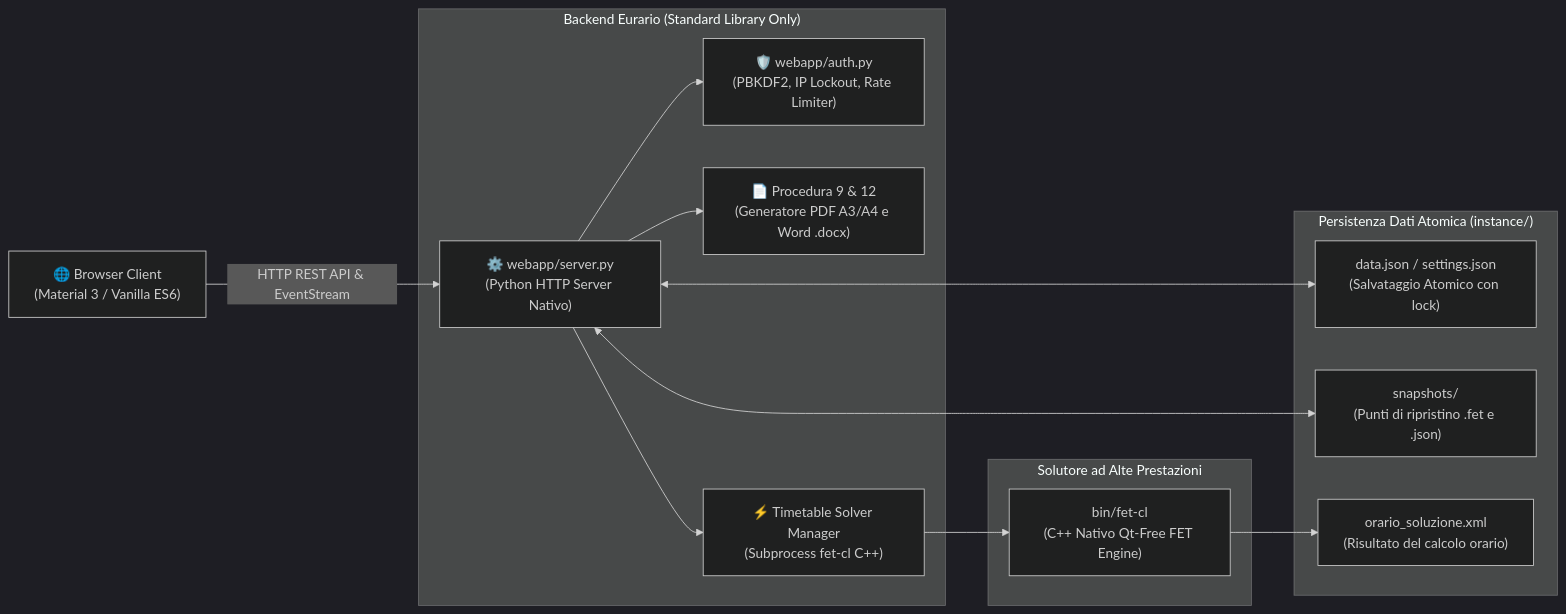
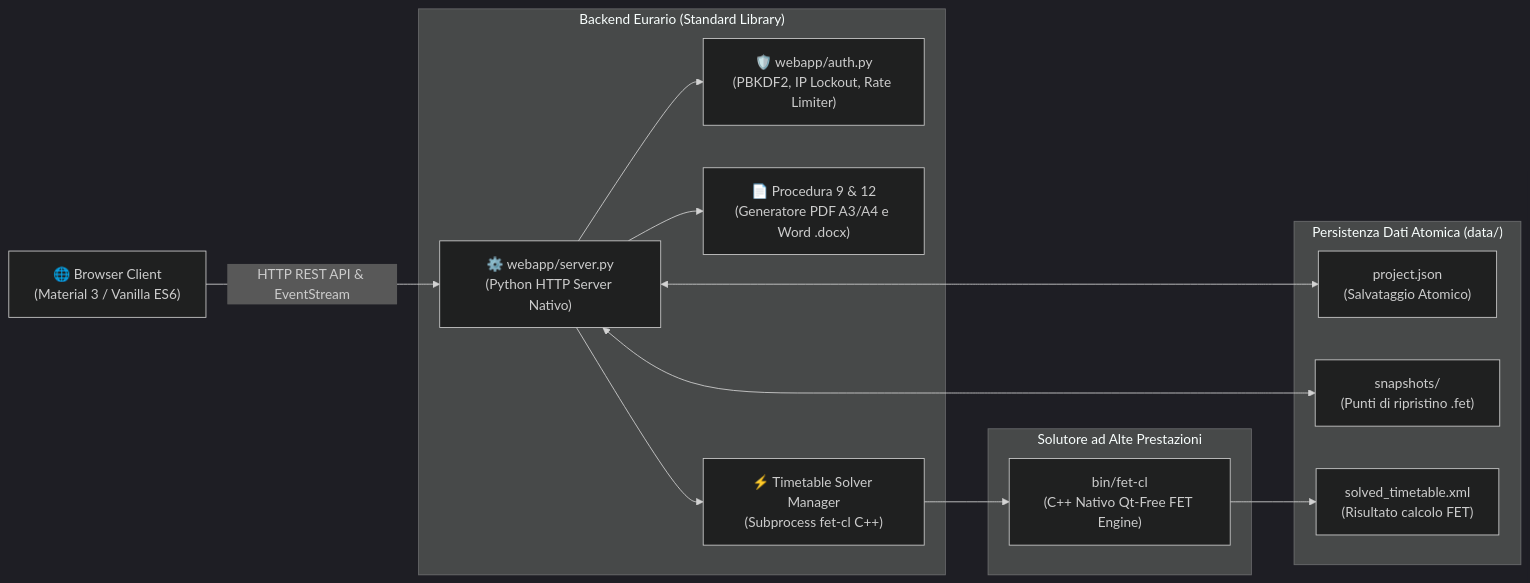
One commit to carlorigoni/eurario changed the second of 4 diagrams in docs/architecture.md. Above: the diagram before and after it, drawn with Mermaid (dark theme). The commit also changed other lines of this file and 13 other files, not shown here.

````diff
--- a/docs/architecture.md
+++ b/docs/architecture.md
@@ -88,21 +86,21 @@
 ```mermaid
 graph LR
     Browser["🌐 Browser Client\n(Material 3 / Vanilla ES6)"] 
     -->|"HTTP REST API & EventStream"| ServerPy["⚙️ webapp/server.py\n(Python HTTP Server Nativo)"]
     
-    subgraph CoreBackend["Backend Eurario (Standard Library Only)"]
+    subgraph CoreBackend["Backend Eurario (Standard Library)"]
         ServerPy --> AuthPy["🛡️ webapp/auth.py\n(PBKDF2, IP Lockout, Rate Limiter)"]
         ServerPy --> Exporter["📄 Procedura 9 & 12\n(Generatore PDF A3/A4 e Word .docx)"]
         ServerPy --> SolverManager["⚡ Timetable Solver Manager\n(Subprocess fet-cl C++)"]
     end
 
     subgraph NativeBinary["Solutore ad Alte Prestazioni"]
         SolverManager --> FET["bin/fet-cl\n(C++ Nativo Qt-Free FET Engine)"]
     end
 
-    subgraph DataStorage["Persistenza Dati Atomica (instance/)"]
-        ServerPy <--> JsonData["data.json / settings.json\n(Salvataggio Atomico con lock)"]
-        ServerPy <--> Snapshots["snapshots/\n(Punti di ripristino .fet e .json)"]
-        FET --> SolutionXML["orario_soluzione.xml\n(Risultato del calcolo orario)"]
+    subgraph DataStorage["Persistenza Dati Atomica (data/)"]
+        ServerPy <--> JsonData["project.json\n(Salvataggio Atomico)"]
+        ServerPy <--> Snapshots["snapshots/\n(Punti di ripristino .fet)"]
+        FET --> SolutionXML["solved_timetable.xml\n(Risultato calcolo FET)"]
     end
 ```
````
